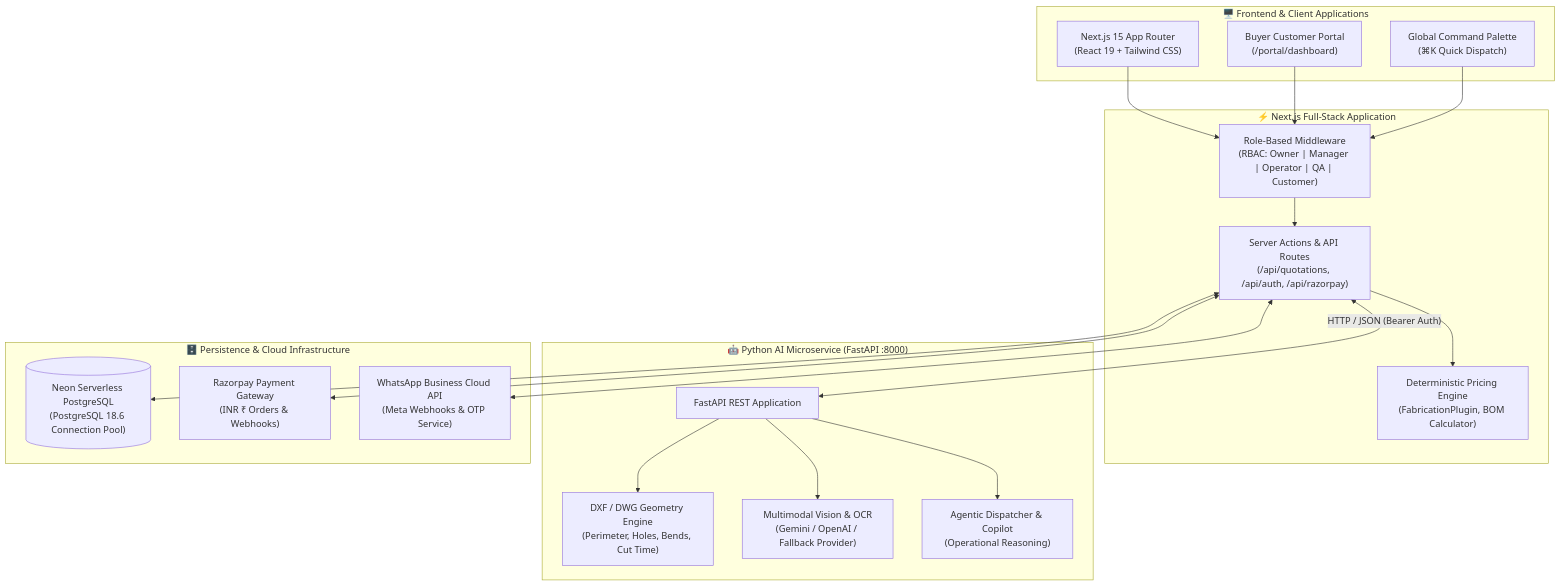
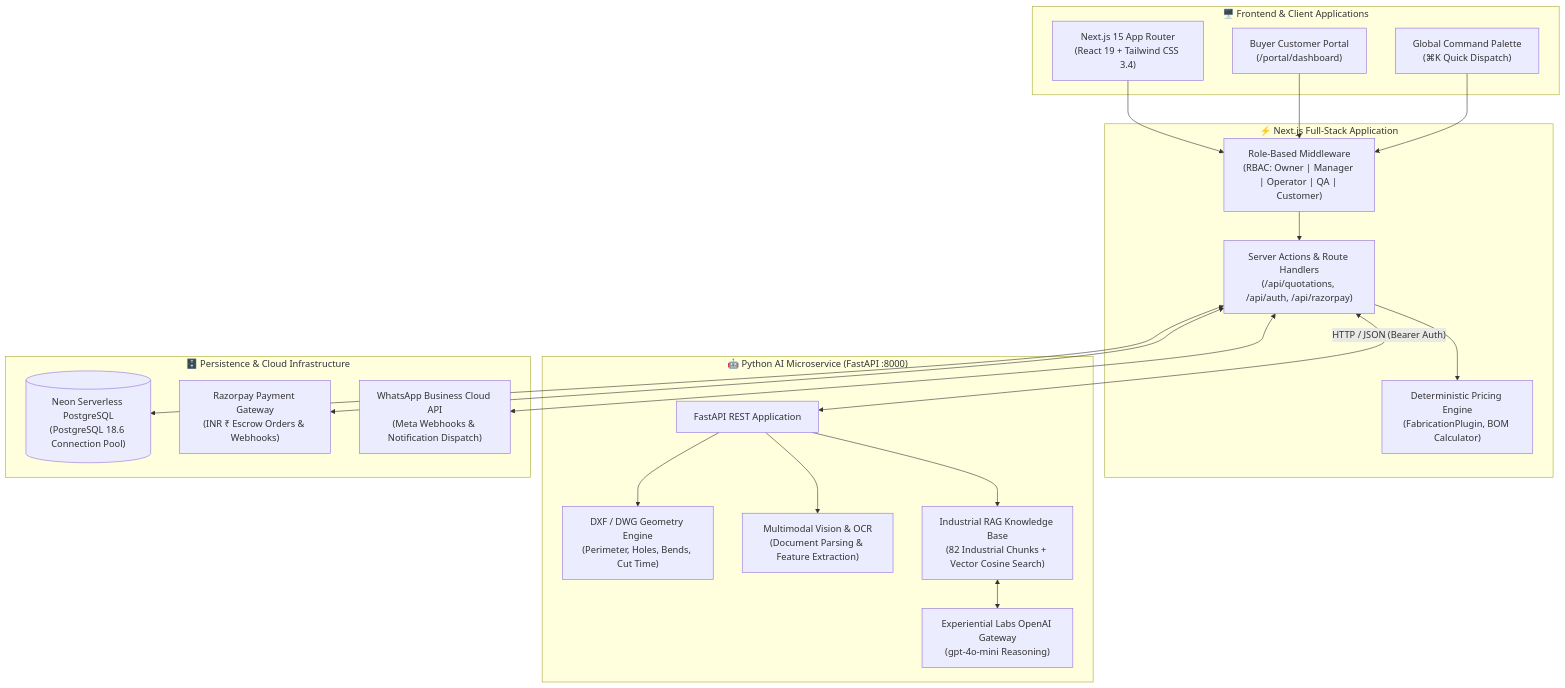
The diagram in README.md (bhuvanabcs24-maker/Forge-IQ), drawn with Mermaid before and after one commit. The commit also changed other lines of this file and 27 other files, not shown here.

Commit message:
feat(ui): complete light/dark theme overhaul, deduplicate factories, expand RAG knowledge base & update enterprise README

````diff
--- a/README.md
+++ b/README.md
@@ -128,43 +131,45 @@
 ```mermaid
 flowchart TD
     subgraph ClientLayer["🖥️ Frontend & Client Applications"]
-        Browser["Next.js 15 App Router\n(React 19 + Tailwind CSS)"]
+        Browser["Next.js 15 App Router\n(React 19 + Tailwind CSS 3.4)"]
         CustomerPortal["Buyer Customer Portal\n(/portal/dashboard)"]
         CommandPalette["Global Command Palette\n(⌘K Quick Dispatch)"]
     end
 
     subgraph AppServer["⚡ Next.js Full-Stack Application"]
         Middleware["Role-Based Middleware\n(RBAC: Owner | Manager | Operator | QA | Customer)"]
-        ServerActions["Server Actions & API Routes\n(/api/quotations, /api/auth, /api/razorpay)"]
+        ServerActions["Server Actions & Route Handlers\n(/api/quotations, /api/auth, /api/razorpay)"]
         PricingEngine["Deterministic Pricing Engine\n(FabricationPlugin, BOM Calculator)"]
     end
 
     subgraph AIService["🤖 Python AI Microservice (FastAPI :8000)"]
         FastAPIApp["FastAPI REST Application"]
         CADParser["DXF / DWG Geometry Engine\n(Perimeter, Holes, Bends, Cut Time)"]
-        DocExtractor["Multimodal Vision & OCR\n(Gemini / OpenAI / Fallback Provider)"]
-        CopilotAgent["Agentic Dispatcher & Copilot\n(Operational Reasoning)"]
+        DocExtractor["Multimodal Vision & OCR\n(Document Parsing & Feature Extraction)"]
+        RAGEngine["Industrial RAG Knowledge Base\n(82 Industrial Chunks + Vector Cosine Search)"]
+        OpenAIGateway["Experiential Labs OpenAI Gateway\n(gpt-4o-mini Reasoning)"]
     end
 
     subgraph DatabaseLayer["🗄️ Persistence & Cloud Infrastructure"]
         NeonDB[("Neon Serverless PostgreSQL\n(PostgreSQL 18.6 Connection Pool)")]
-        Razorpay["Razorpay Payment Gateway\n(INR ₹ Orders & Webhooks)"]
-        WhatsAppAPI["WhatsApp Business Cloud API\n(Meta Webhooks & OTP Service)"]
+        Razorpay["Razorpay Payment Gateway\n(INR ₹ Escrow Orders & Webhooks)"]
+        WhatsAppAPI["WhatsApp Business Cloud API\n(Meta Webhooks & Notification Dispatch)"]
     end
 
     Browser --> Middleware
     CustomerPortal --> Middleware
     CommandPalette --> Middleware
     Middleware --> ServerActions
 
     ServerActions <--> NeonDB
     ServerActions --> PricingEngine
     ServerActions <-->|"HTTP / JSON (Bearer Auth)"| FastAPIApp
 
     FastAPIApp --> CADParser
     FastAPIApp --> DocExtractor
-    FastAPIApp --> CopilotAgent
+    FastAPIApp --> RAGEngine
+    RAGEngine <--> OpenAIGateway
 
     ServerActions <--> Razorpay
     ServerActions <--> WhatsAppAPI
 ```
````
